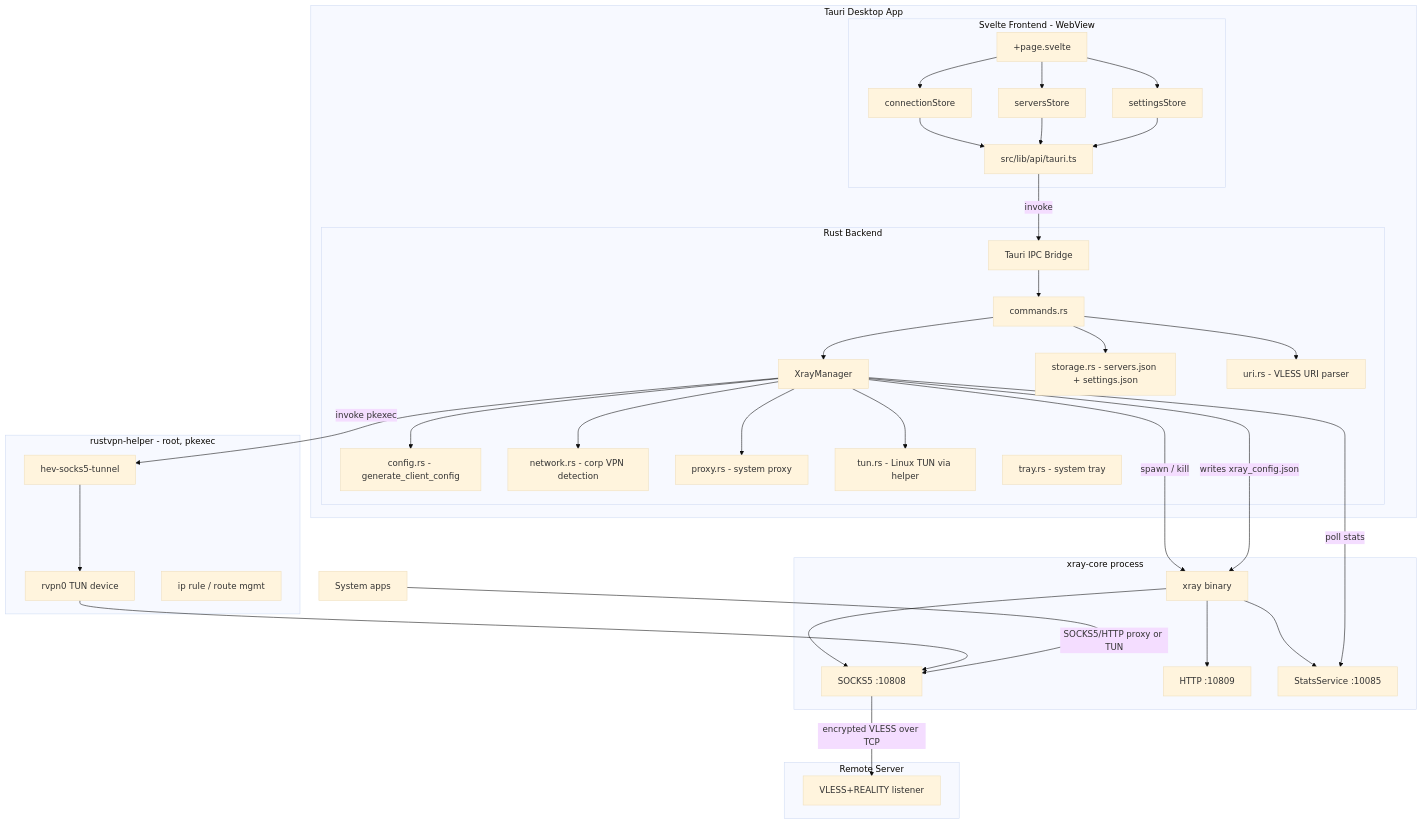
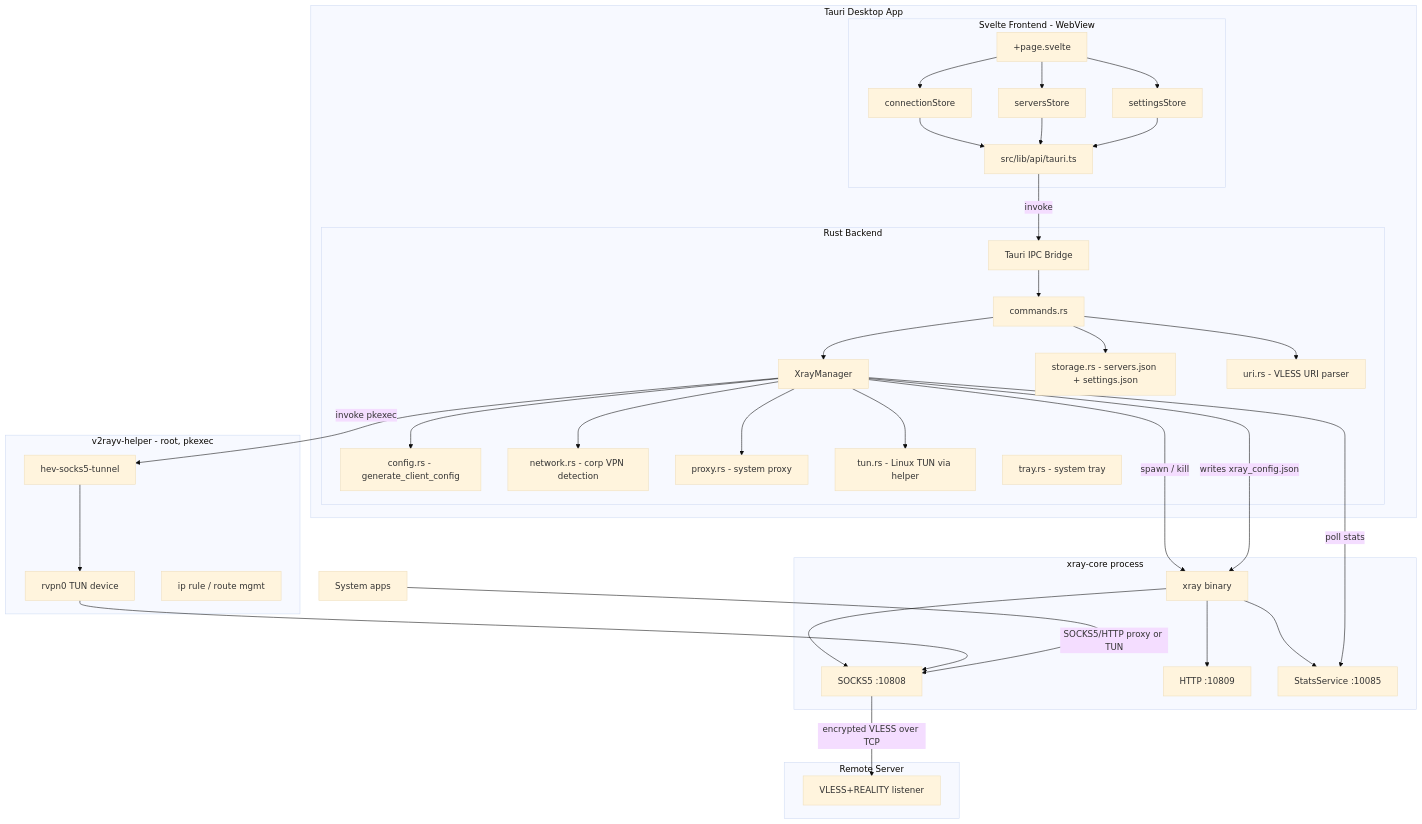
The first of 3 diagrams in docs/ARCHITECTURE.md (sevaktigranyan305-netizen/v2rayV), drawn with Mermaid (base theme) before and after one commit. The commit also changed other lines of this file and 45 other files, not shown here.

````diff
--- a/docs/ARCHITECTURE.md
+++ b/docs/ARCHITECTURE.md
@@ -10,68 +10,68 @@
 ```mermaid
 graph TD
     subgraph Desktop App [Tauri Desktop App]
         subgraph Frontend [Svelte Frontend - WebView]
             UI[+page.svelte]
             CS[connectionStore]
             SS[serversStore]
             ST[settingsStore]
             API[src/lib/api/tauri.ts]
             UI --> CS
             UI --> SS
             UI --> ST
             CS --> API
             SS --> API
             ST --> API
         end
         subgraph Backend [Rust Backend]
             IPC[Tauri IPC Bridge]
             CMD[commands.rs]
             XM[XrayManager]
             CFG[config.rs - generate_client_config]
             STG[storage.rs - servers.json + settings.json]
             URI[uri.rs - VLESS URI parser]
             NET[network.rs - corp VPN detection]
             PRX[proxy.rs - system proxy]
             TUN[tun.rs - Linux TUN via helper]
             TRY[tray.rs - system tray]
             CMD --> XM
             CMD --> STG
             CMD --> URI
             XM --> CFG
             XM --> NET
             XM --> PRX
             XM --> TUN
         end
         API -->|invoke| IPC
         IPC --> CMD
     end
 
     subgraph Sidecar [xray-core process]
         XRAY[xray binary]
         SOCKS[SOCKS5 :10808]
         HTTP[HTTP :10809]
         STATS[StatsService :10085]
         XRAY --> SOCKS
         XRAY --> HTTP
         XRAY --> STATS
     end
 
-    subgraph Helper [rustvpn-helper - root, pkexec]
+    subgraph Helper [v2rayv-helper - root, pkexec]
         HEV[hev-socks5-tunnel]
         TUNDEV[rvpn0 TUN device]
         IPRULE[ip rule / route mgmt]
     end
 
     subgraph VDS [Remote Server]
         VLESS[VLESS+REALITY listener]
     end
 
     XM -->|spawn / kill| XRAY
     XM -->|writes xray_config.json| XRAY
     XM -->|invoke pkexec| HEV
     HEV --> TUNDEV
     TUNDEV --> SOCKS
     SOCKS -->|encrypted VLESS over TCP| VLESS
     App[System apps] -->|SOCKS5/HTTP proxy or TUN| SOCKS
     XM -->|poll stats| STATS
 ```
````
